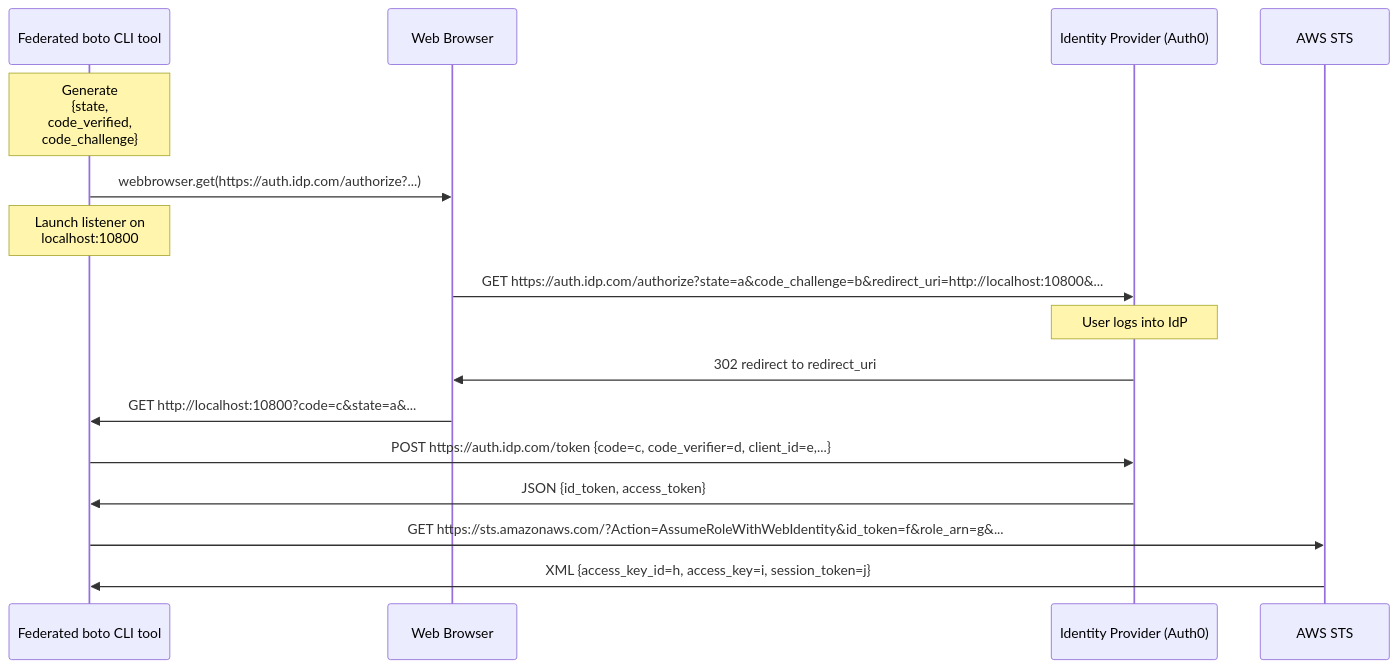
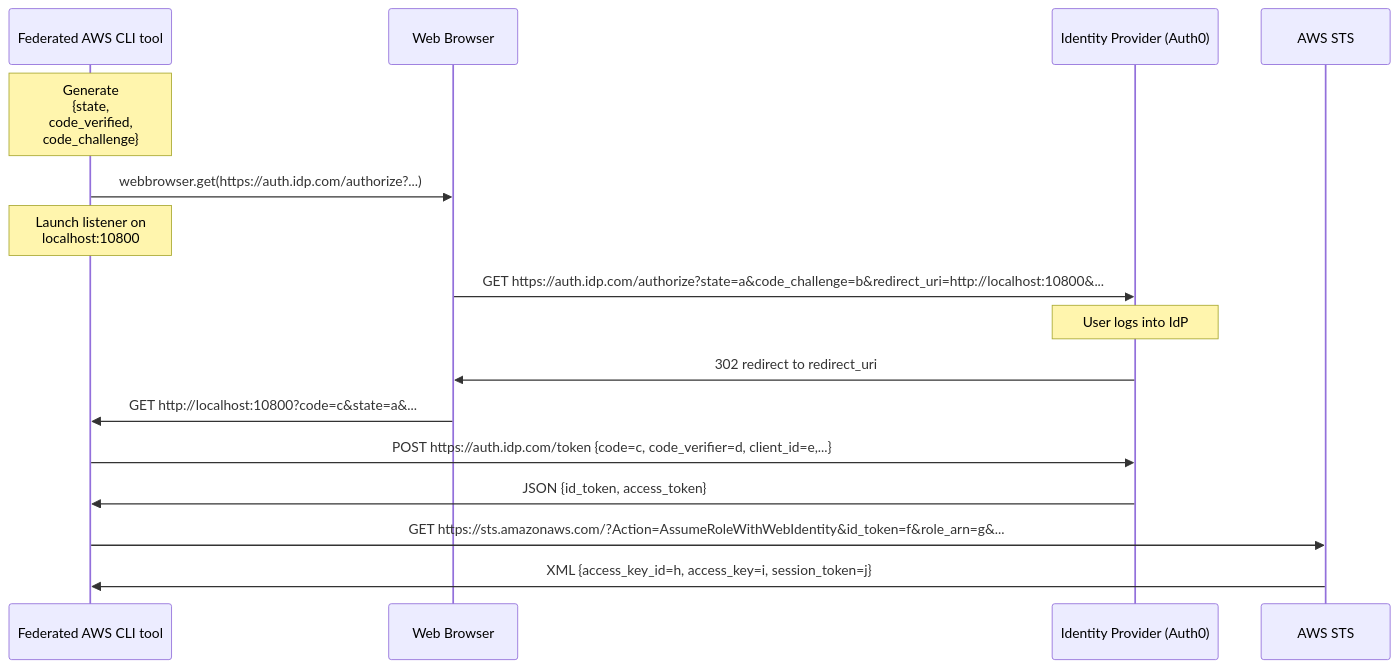
One commit to mozilla-iam/mozilla-aws-cli changed the diagram in docs/img/sequence.md. Above: the diagram before and after it, drawn with Mermaid. The commit also changed 19 other files, not shown here.

````diff
--- a/docs/img/sequence.md
+++ b/docs/img/sequence.md
@@ -1,20 +1,20 @@
 ```mermaid
 sequenceDiagram
 
-participant CLI as Federated boto CLI tool
+participant CLI as Federated AWS CLI tool
 participant B as Web Browser
 participant IdP as Identity Provider (Auth0)
 participant STS as AWS STS
 
 Note over CLI: Generate<br/>{state,<br/>code_verified,<br/> code_challenge}
 CLI->>B: webbrowser.get(https://auth.idp.com/authorize?...)
 Note over CLI: Launch listener on<br/>localhost:10800
 B->>IdP: GET https://auth.idp.com/authorize?state=a&code_challenge=b&redirect_uri=http://localhost:10800&...
 Note over IdP: User logs into IdP
 IdP->>B: 302 redirect to redirect_uri
 B->>CLI: GET http://localhost:10800?code=c&state=a&...
 CLI->>IdP: POST https://auth.idp.com/token {code=c, code_verifier=d, client_id=e,...}
 IdP->>CLI: JSON {id_token, access_token}
 CLI->>STS: GET https://sts.amazonaws.com/?Action=AssumeRoleWithWebIdentity&id_token=f&role_arn=g&...
 STS->>CLI: XML {access_key_id=h, access_key=i, session_token=j}
 ```
````
